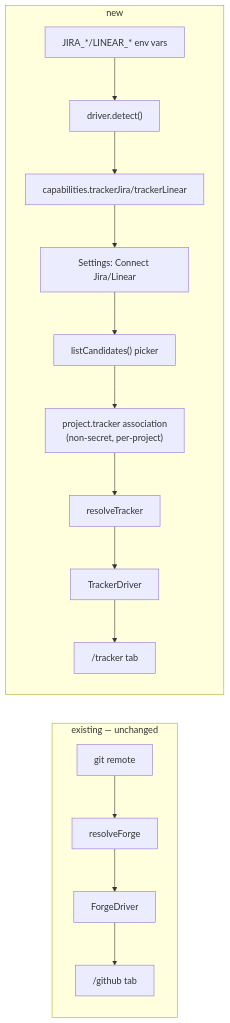
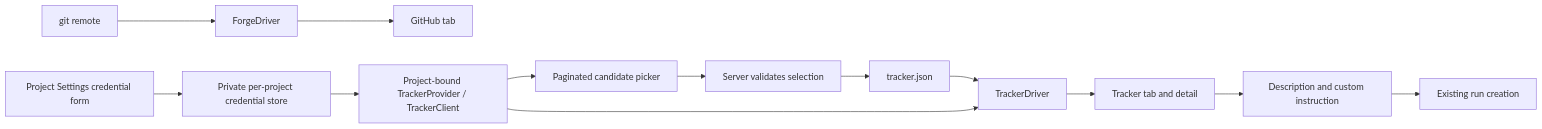
The diagram in .ai/specs/2026-09-18-jira-linear-tracker-browsing.md (matwiatrzyk/cezar), drawn with Mermaid before and after one commit. The commit also changed other lines of this file and 1 other file, not shown here.

Commit message:
docs(specs): align tracker design with project-bound credentials

````diff
--- a/.ai/specs/2026-09-18-jira-linear-tracker-browsing.md
+++ b/.ai/specs/2026-09-18-jira-linear-tracker-browsing.md
@@ -76,14 +62,14 @@
 ```mermaid
 flowchart LR
-    subgraph existing["existing — unchanged"]
-        remote[git remote] --> resolveForge --> ForgeDriver --> githubTab["/github tab"]
-    end
-    subgraph new["new"]
-        env["JIRA_*/LINEAR_* env vars"] --> detect["driver.detect()"]
-        detect --> capabilities["capabilities.trackerJira/trackerLinear"]
-        capabilities --> settingsUI["Settings: Connect Jira/Linear"]
-        settingsUI --> candidates["listCandidates() picker"]
-        candidates --> assoc["project.tracker association\n(non-secret, per-project)"]
-        assoc --> resolveTracker --> TrackerDriver --> trackerTab["/tracker tab"]
-    end
+    remote[git remote] --> forge[ForgeDriver] --> github[GitHub tab]
+    settings[Project Settings credential form] --> secrets[Private per-project credential store]
+    secrets --> client[Project-bound TrackerProvider / TrackerClient]
+    client --> picker[Paginated candidate picker]
+    picker --> validate[Server validates selection]
+    validate --> assoc[tracker.json]
+    assoc --> driver[TrackerDriver]
+    client --> driver
+    driver --> tracker[Tracker tab and detail]
+    tracker --> composer[Description and custom instruction]
+    composer --> run[Existing run creation]
 ```
````
